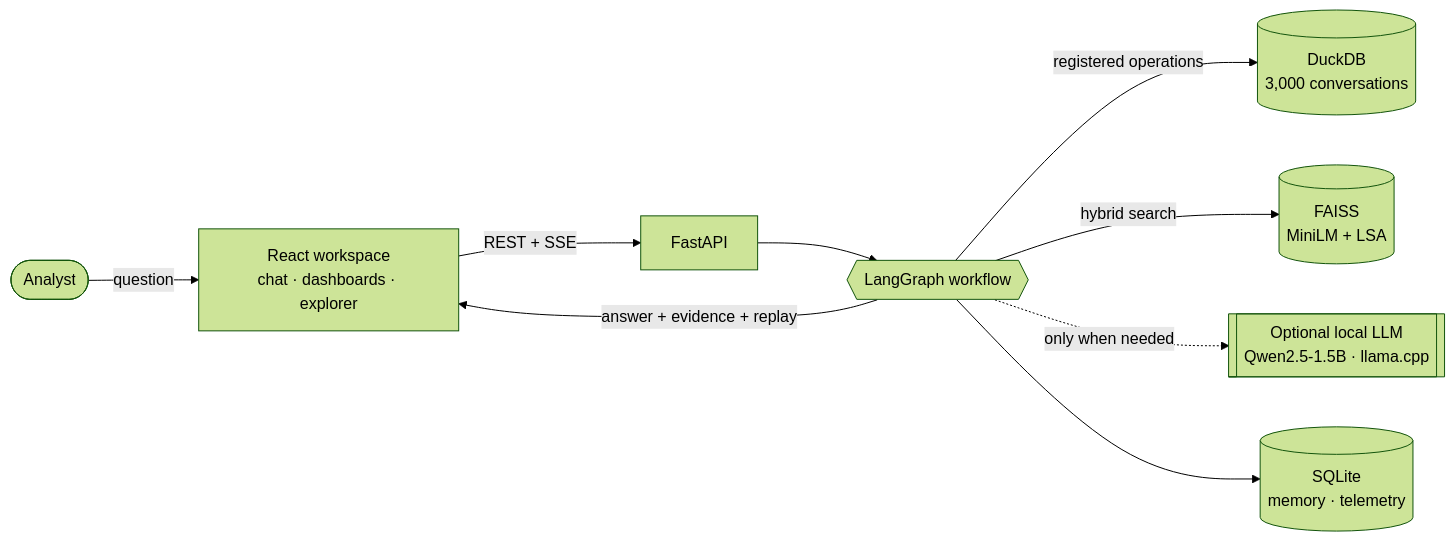
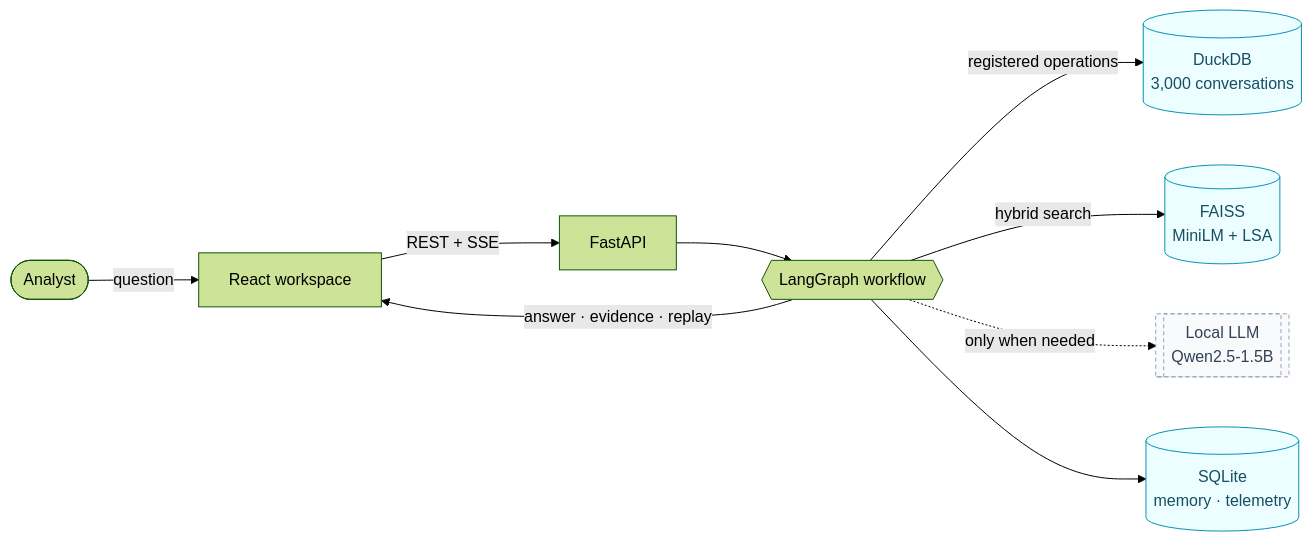
Before and after one commit to florina787/Data-sets: the first of 6 diagrams in conversation-intelligence-copilot/README.md, drawn with Mermaid (forest theme). The commit also changed other lines of this file and 15 other files, not shown here.

First line of the commit message:
Redesign README: demo GIF, focused screenshots, staged agent graph, IDE setup

````diff
--- a/conversation-intelligence-copilot/README.md
+++ b/conversation-intelligence-copilot/README.md
@@ -143,11 +179,16 @@
 ```mermaid
 flowchart LR
-    A([Analyst]) -->|question| UI[React workspace<br/>chat · dashboards · explorer]
+    A([Analyst]) -->|question| UI[React workspace]
     UI -->|REST + SSE| API[FastAPI]
     API --> G{{LangGraph workflow}}
     G -->|registered operations| DB[(DuckDB<br/>3,000 conversations)]
     G -->|hybrid search| VX[(FAISS<br/>MiniLM + LSA)]
-    G -.->|only when needed| LLM[[Optional local LLM<br/>Qwen2.5-1.5B · llama.cpp]]
+    G -.->|only when needed| LLM[[Local LLM<br/>Qwen2.5-1.5B]]
     G --> MEM[(SQLite<br/>memory · telemetry)]
-    G -->|answer + evidence + replay| UI
+    G -->|answer · evidence · replay| UI
+
+    classDef store fill:#ecfeff,stroke:#0891b2,color:#164e63
+    classDef opt fill:#f8fafc,stroke:#94a3b8,color:#334155,stroke-dasharray:4 3
+    class DB,VX,MEM store
+    class LLM opt
 ```
````
